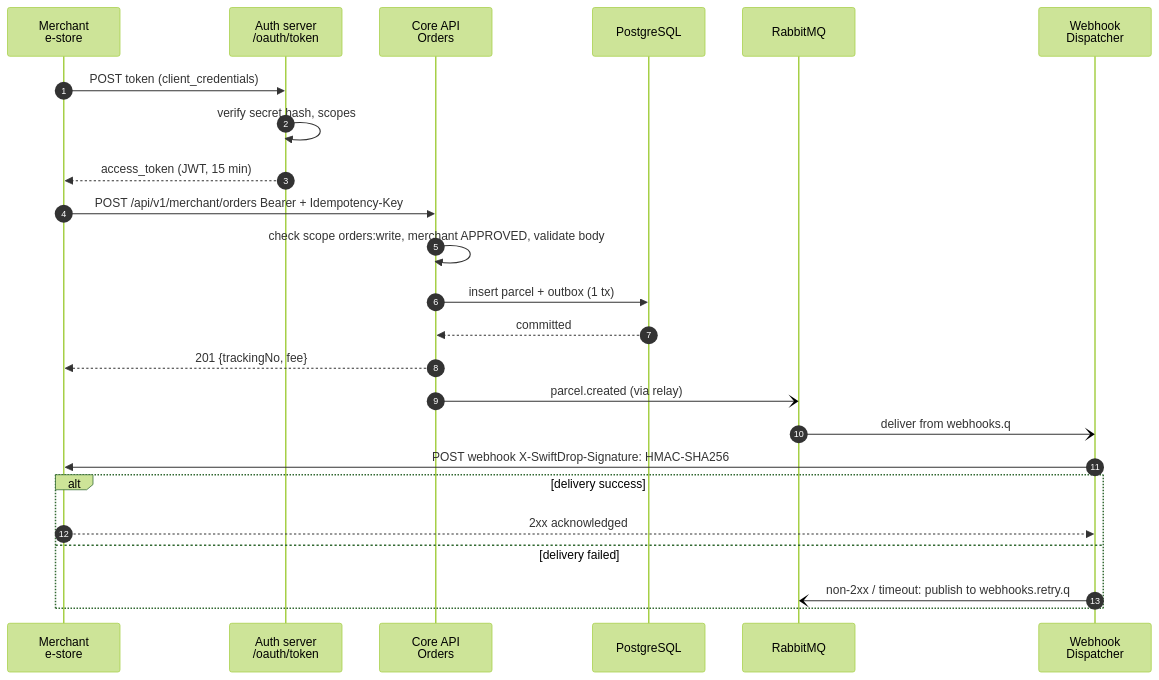
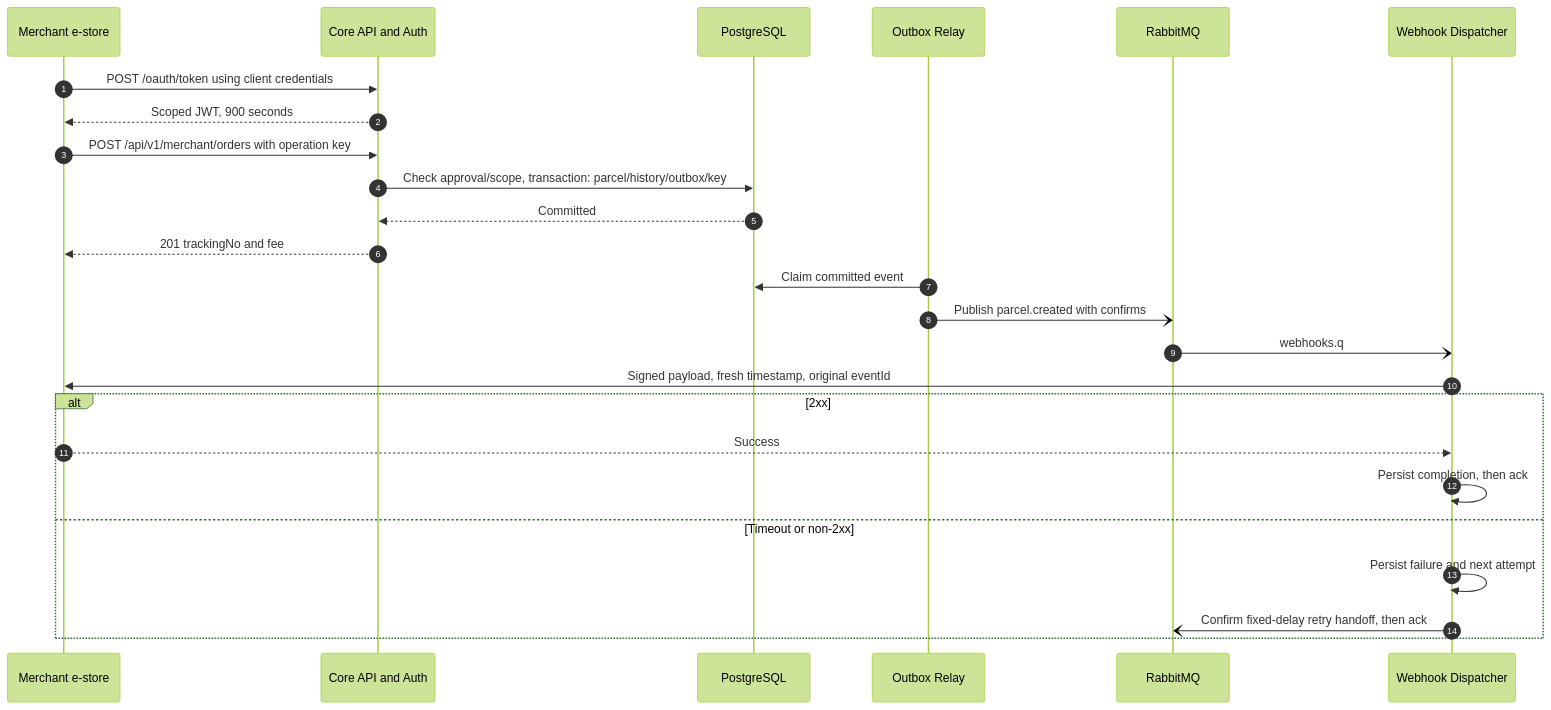
The tenth of 16 diagrams in SWIFTDROP_DESIGN_DOCUMENTATION.md (doktur-umair/swiftdrop), drawn with Mermaid (forest theme) before and after one commit. The commit also changed other lines of this file and 88 other files, not shown here.

Commit message:
feat: scaffold workspace, implement auth & core foundation, and reconcile docs

````diff
--- a/SWIFTDROP_DESIGN_DOCUMENTATION.md
+++ b/SWIFTDROP_DESIGN_DOCUMENTATION.md
@@ -863,30 +865,27 @@
 ```mermaid
 sequenceDiagram
     autonumber
-    participant Estore as Merchant<br/>e-store
-    participant Auth as Auth server<br/>/oauth/token
-    participant API as Core API<br/>Orders
+    participant Store as Merchant e-store
+    participant API as Core API and Auth
     participant DB as PostgreSQL
+    participant Relay as Outbox Relay
     participant Broker as RabbitMQ
-    participant Dispatcher as Webhook<br/>Dispatcher
-
-    Estore->>Auth: POST token (client_credentials)
-    Auth->>Auth: verify secret hash, scopes
-    Auth-->>Estore: access_token (JWT, 15 min)
-
-    Estore->>API: POST /api/v1/merchant/orders Bearer + Idempotency-Key
-    API->>API: check scope orders:write, merchant APPROVED, validate body
-    API->>DB: insert parcel + outbox (1 tx)
-    DB-->>API: committed
-    API-->>Estore: 201 {trackingNo, fee}
-
-    API-)Broker: parcel.created (via relay)
-    Broker-)Dispatcher: deliver from webhooks.q
-    Dispatcher->>Estore: POST webhook X-SwiftDrop-Signature: HMAC-SHA256
-    
-    alt delivery success
-        Estore-->>Dispatcher: 2xx acknowledged
-    else delivery failed
-        Dispatcher-)Broker: non-2xx / timeout: publish to webhooks.retry.q
+    participant Worker as Webhook Dispatcher
+    Store->>API: POST /oauth/token using client credentials
+    API-->>Store: Scoped JWT, 900 seconds
+    Store->>API: POST /api/v1/merchant/orders with operation key
+    API->>DB: Check approval/scope, transaction: parcel/history/outbox/key
+    DB-->>API: Committed
+    API-->>Store: 201 trackingNo and fee
+    Relay->>DB: Claim committed event
+    Relay-)Broker: Publish parcel.created with confirms
+    Broker-)Worker: webhooks.q
+    Worker->>Store: Signed payload, fresh timestamp, original eventId
+    alt 2xx
+        Store-->>Worker: Success
+        Worker->>Worker: Persist completion, then ack
+    else Timeout or non-2xx
+        Worker->>Worker: Persist failure and next attempt
+        Worker-)Broker: Confirm fixed-delay retry handoff, then ack
     end
 ```
````
